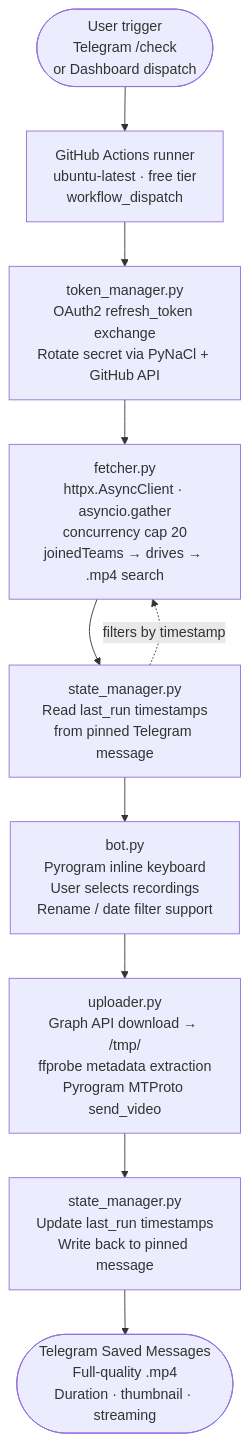
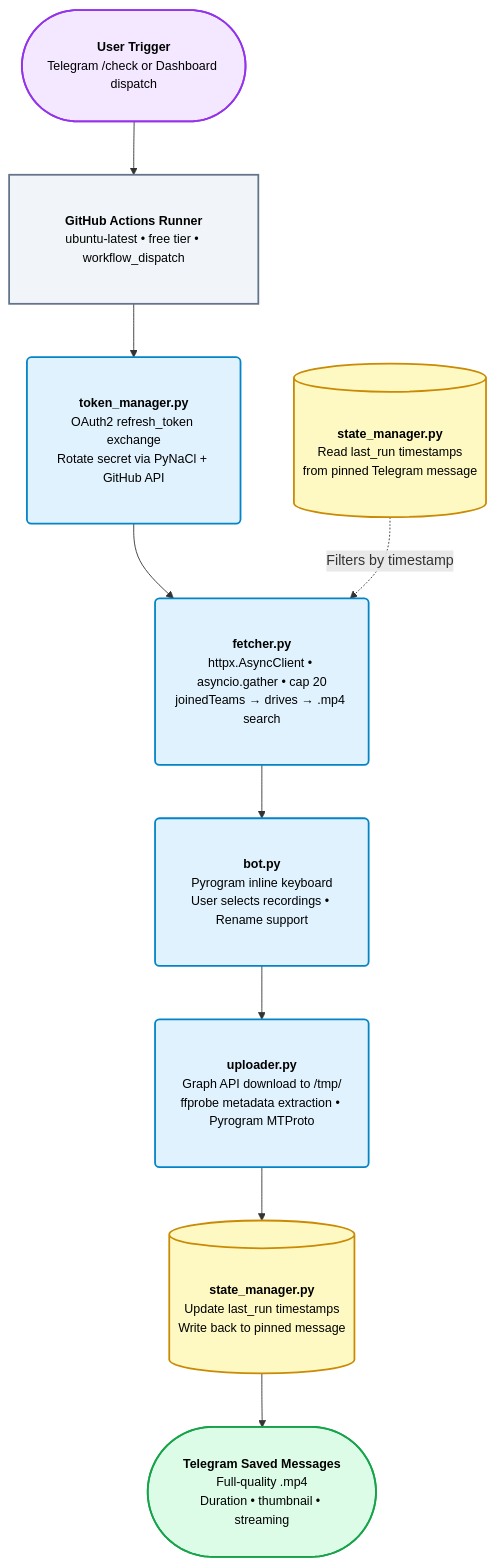
One commit to AhmedTyson/TeamsLeech-Bot changed the diagram in docs/TeamsLeech_Guide.md. Above: the diagram before and after it, drawn with Mermaid. The commit also changed other lines of this file, not shown here.

Commit message:
docs: add comprehensive project guide for TeamsLeech Bot

````diff
--- a/docs/TeamsLeech_Guide.md
+++ b/docs/TeamsLeech_Guide.md
@@ -199,22 +199,36 @@
 ```mermaid
 flowchart TD
-    A([User trigger\nTelegram /check\nor Dashboard dispatch]) --> B
+    %%{init: {'flowchart': {'padding': 20, 'nodeSpacing': 60, 'rankSpacing': 60}}}%%
+    
+    A(["<b>User Trigger</b><br/>Telegram /check or Dashboard dispatch"])
+    B["<b>GitHub Actions Runner</b><br/>ubuntu-latest • free tier • workflow_dispatch"]
+    C("<b>token_manager.py</b><br/>OAuth2 refresh_token exchange<br/>Rotate secret via PyNaCl + GitHub API")
+    D("<b>fetcher.py</b><br/>httpx.AsyncClient • asyncio.gather • cap 20<br/>joinedTeams → drives → .mp4 search")
+    E[("<b>state_manager.py</b><br/>Read last_run timestamps<br/>from pinned Telegram message")]
+    F("<b>bot.py</b><br/>Pyrogram inline keyboard<br/>User selects recordings • Rename support")
+    G("<b>uploader.py</b><br/>Graph API download to /tmp/<br/>ffprobe metadata extraction • Pyrogram MTProto")
+    H[("<b>state_manager.py</b><br/>Update last_run timestamps<br/>Write back to pinned message")]
+    I(["<b>Telegram Saved Messages</b><br/>Full-quality .mp4<br/>Duration • thumbnail • streaming"])
 
-    B[GitHub Actions runner\nubuntu-latest · free tier\nworkflow_dispatch] --> C
-
-    C[token_manager.py\nOAuth2 refresh_token exchange\nRotate secret via PyNaCl + GitHub API] --> D
-
-    D[fetcher.py\nhttpx.AsyncClient · asyncio.gather\nconcurrency cap 20\njoinedTeams → drives → .mp4 search] --> E
-
-    E[state_manager.py\nRead last_run timestamps\nfrom pinned Telegram message] -.->|filters by timestamp| D
-
-    E --> F
-
-    F[bot.py\nPyrogram inline keyboard\nUser selects recordings\nRename / date filter support] --> G
-
-    G[uploader.py\nGraph API download → /tmp/\nffprobe metadata extraction\nPyrogram MTProto send_video] --> H
-
-    H[state_manager.py\nUpdate last_run timestamps\nWrite back to pinned message] --> I
-
-    I([Telegram Saved Messages\nFull-quality .mp4\nDuration · thumbnail · streaming])
+    A --> B
+    B --> C
+    C --> D
+    E -.-> |"Filters by timestamp"| D
+    D --> F
+    F --> G
+    G --> H
+    H --> I
+    
+    classDef default font-family:sans-serif,font-size:14px,padding:16px,line-height:1.5;
+    classDef trigger fill:#f3e8ff,stroke:#9333ea,stroke-width:2px,color:#000;
+    classDef runner fill:#f1f5f9,stroke:#64748b,stroke-width:2px,color:#000;
+    classDef module fill:#e0f2fe,stroke:#0284c7,stroke-width:2px,color:#000;
+    classDef state fill:#fef9c3,stroke:#ca8a04,stroke-width:2px,color:#000;
+    classDef endpoint fill:#dcfce7,stroke:#16a34a,stroke-width:2px,color:#000;
+    
+    class A trigger;
+    class B runner;
+    class C,D,F,G module;
+    class E,H state;
+    class I endpoint;
 ```
````
